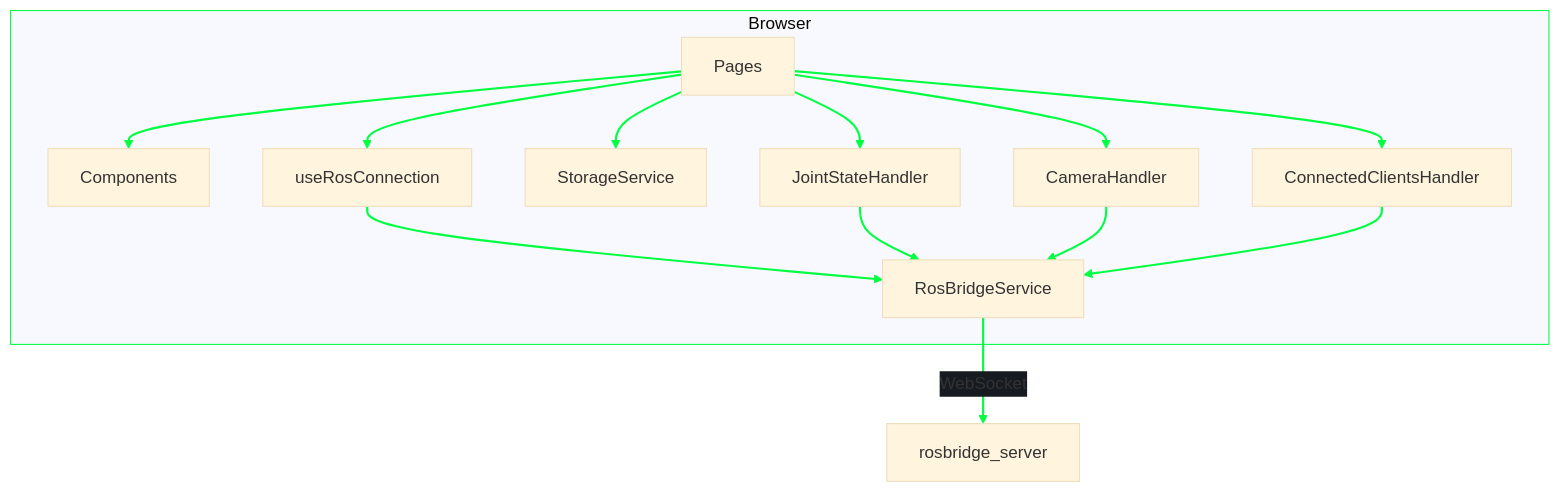
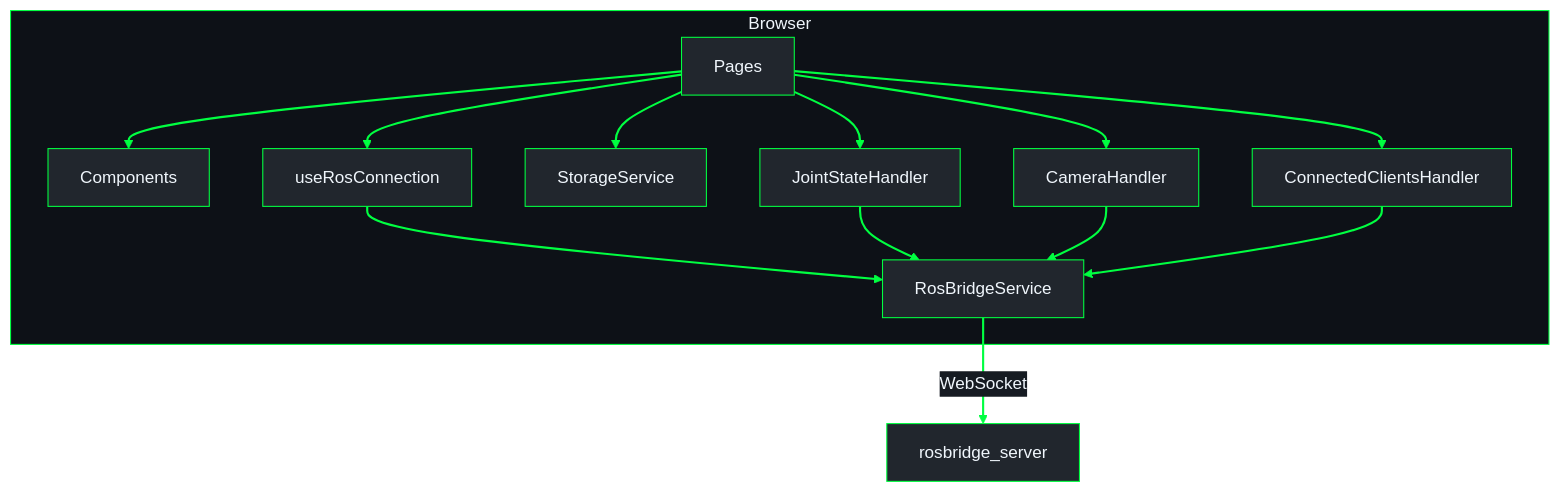
Before and after one commit to Lucy-Robotics/lucy_control_panel: the first of 2 diagrams in docs/architecture/overview.md, drawn with Mermaid. The commit also changed other lines of this file, not shown here.

Commit message:
fix(architecture): raise WebSocket label contrast; one joint-control schematic

````diff
--- a/docs/architecture/overview.md
+++ b/docs/architecture/overview.md
@@ -30,28 +30,28 @@
 ```mermaid
-%%{init: {"theme": "base", "themeVariables": {"lineColor": "#00FF41", "edgeLabelBackground": "#161b22", "clusterBorder": "#00FF41"}}}%%
+%%{init: {"theme": "base", "themeVariables": {"darkMode": true, "background": "#0d1117", "mainBkg": "#21262d", "primaryColor": "#21262d", "primaryTextColor": "#f0f6fc", "primaryBorderColor": "#00FF41", "secondaryColor": "#161b22", "secondaryTextColor": "#f0f6fc", "secondaryBorderColor": "#00FF41", "tertiaryColor": "#161b22", "tertiaryTextColor": "#f0f6fc", "tertiaryBorderColor": "#00FF41", "lineColor": "#00FF41", "textColor": "#f0f6fc", "nodeTextColor": "#f0f6fc", "edgeLabelBackground": "#161b22", "clusterBkg": "#0d1117", "clusterBorder": "#00FF41", "titleColor": "#f0f6fc"}}}%%
 flowchart TB
   subgraph browser ["Browser"]
     Pages["Pages"]
     Components["Components"]
     Hooks["useRosConnection"]
     Storage["StorageService"]
     RosBridge["RosBridgeService"]
     JSH["JointStateHandler"]
     CamH["CameraHandler"]
     CCH["ConnectedClientsHandler"]
 
     Pages --> Components
     Pages --> Hooks
     Pages --> Storage
     Pages --> JSH
     Pages --> CamH
     Pages --> CCH
     Hooks --> RosBridge
     JSH --> RosBridge
     CamH --> RosBridge
     CCH --> RosBridge
   end
 
   RosBridge -->|"WebSocket"| RosbridgeServer["rosbridge_server"]
   linkStyle default stroke:#00FF41,stroke-width:2px
 ```
````
